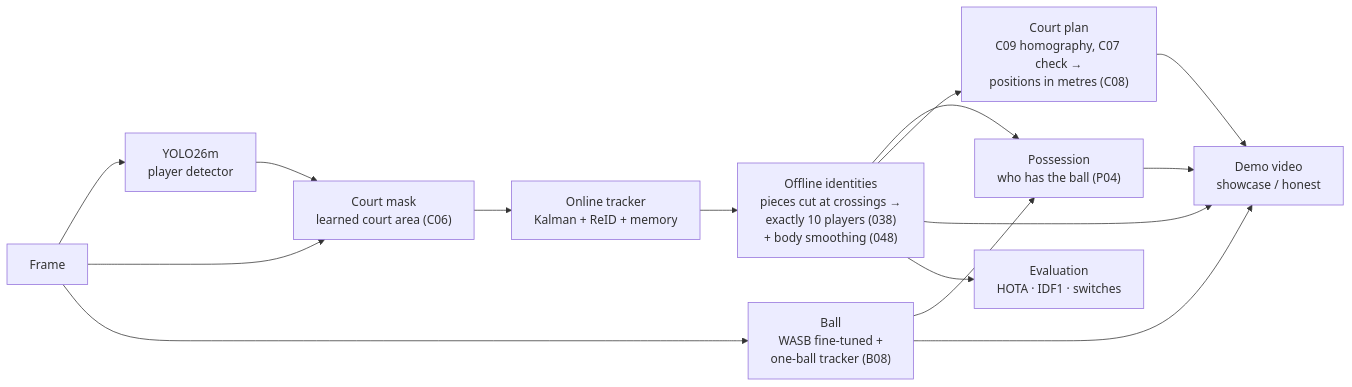
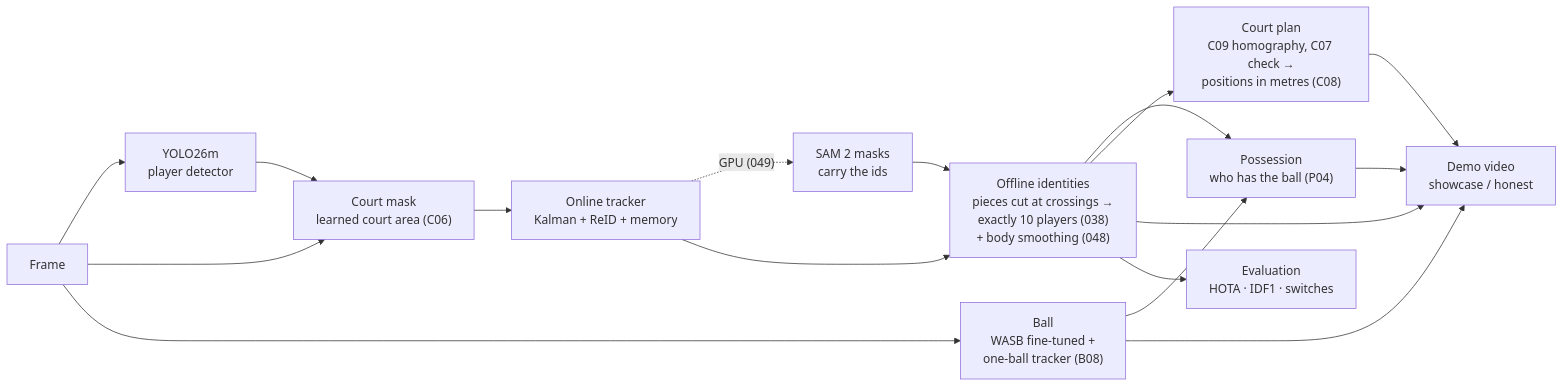
Before and after one commit to VaroLG/hoop-reid-tracker: the diagram in README.md, drawn with Mermaid. The commit also changed other lines of this file and 13 other files, not shown here.

Commit message:
Descriptive stage names (roster10, id smoothing, SAM 2 masks); README videos without possession share; make_readme_assets.py

````diff
--- a/README.md
+++ b/README.md
@@ -771,13 +798,15 @@
 ```mermaid
 flowchart LR
     F["Frame"] --> D["YOLO26m<br/>player detector"]
     D --> C["Court mask<br/>learned court area (C06)"]
     F --> C
     C --> T["Online tracker<br/>Kalman + ReID + memory"]
+    T -. "GPU (049)" .-> SAM["SAM 2 masks<br/>carry the ids"]
+    SAM --> S
     T --> S["Offline identities<br/>pieces cut at crossings →<br/>exactly 10 players (038)<br/>+ body smoothing (048)"]
     F --> B["Ball<br/>WASB fine-tuned +<br/>one-ball tracker (B08)"]
     S & B --> P["Possession<br/>who has the ball (P04)"]
     S --> M["Court plan<br/>C09 homography, C07 check →<br/>positions in metres (C08)"]
     S & B & P & M --> V["Demo video<br/>showcase / honest"]
     S --> E["Evaluation<br/>HOTA · IDF1 · switches"]
 ```
````
